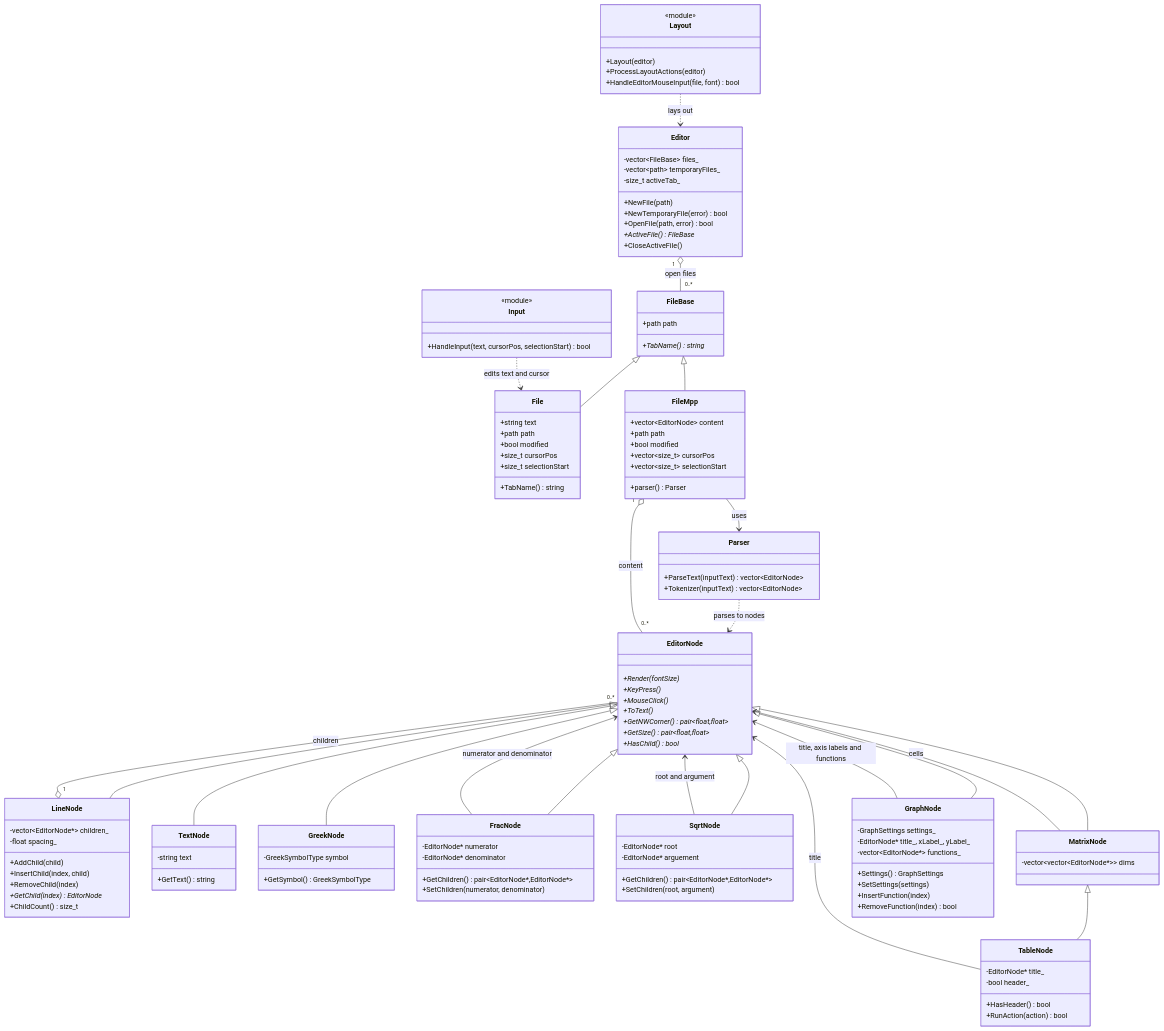
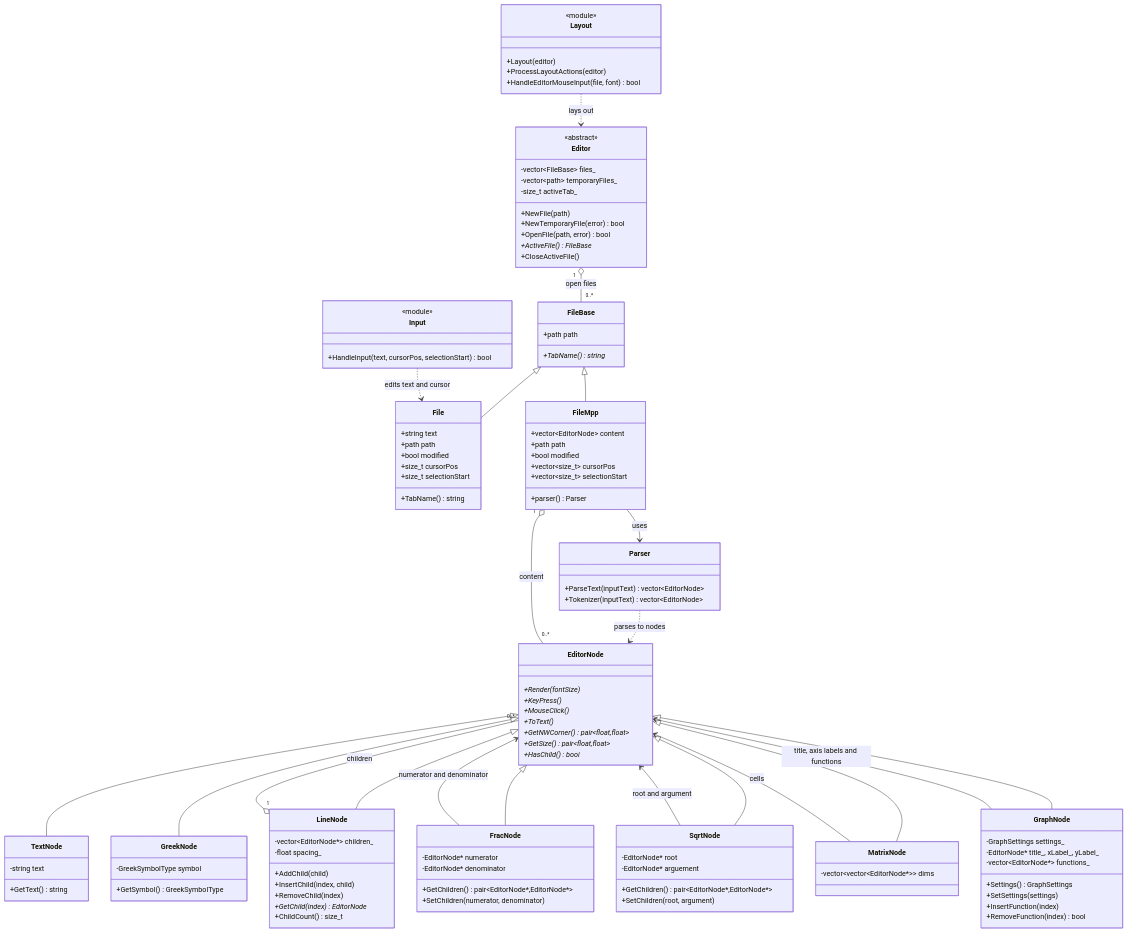
The diagram in UML.md (LVGCoding/mplusplus), drawn with Mermaid before and after one commit. The commit also changed other lines of this file, not shown here.

Commit message:
uml upfate

```diff
--- a/UML.md
+++ b/UML.md
@@ -7,6 +5,7 @@
 classDiagram
     direction UD
     class Editor {
+        <<abstract>>
         -vector~FileBase~ files_
         -vector~path~ temporaryFiles_
         -size_t activeTab_
@@ -110,20 +109,13 @@
         +RemoveFunction(index) bool
     }
 
-    class TableNode {
-        -EditorNode* title_
-        -bool header_
-        +HasHeader() bool
-        +RunAction(action) bool
-    }
-
     class Parser {
         +ParseText(inputText) vector~EditorNode~
         +Tokenizer(inputText) vector~EditorNode~
     }
-    
 
-    
+
+
     FileBase <|-- File
     FileBase <|-- FileMpp
     Editor "1" o-- "0..*" FileBase : open files
@@ -137,13 +129,11 @@
     EditorNode <|-- SqrtNode
     EditorNode <|-- MatrixNode
     EditorNode <|-- GraphNode
-    MatrixNode <|-- TableNode
     LineNode "1" o-- "0..*" EditorNode : children
     FracNode --> EditorNode : numerator and denominator
     SqrtNode --> EditorNode : root and argument
     MatrixNode --> EditorNode : cells
     GraphNode --> EditorNode : title, axis labels and functions
-    TableNode --> EditorNode : title
 
     Parser ..> EditorNode : parses to nodes
     FileMpp "1" o-- "0..*" EditorNode : content
```
